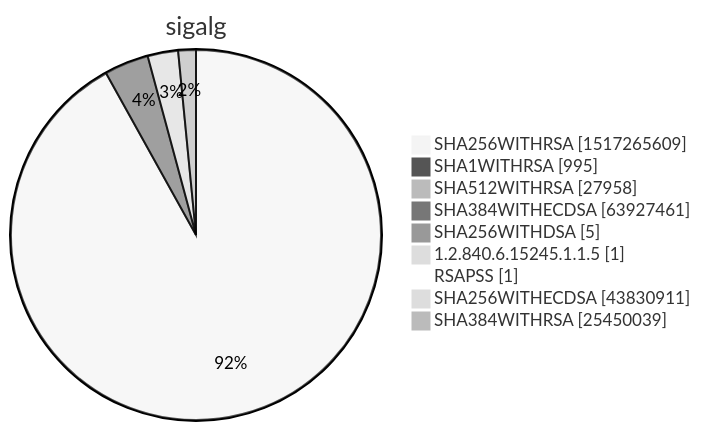
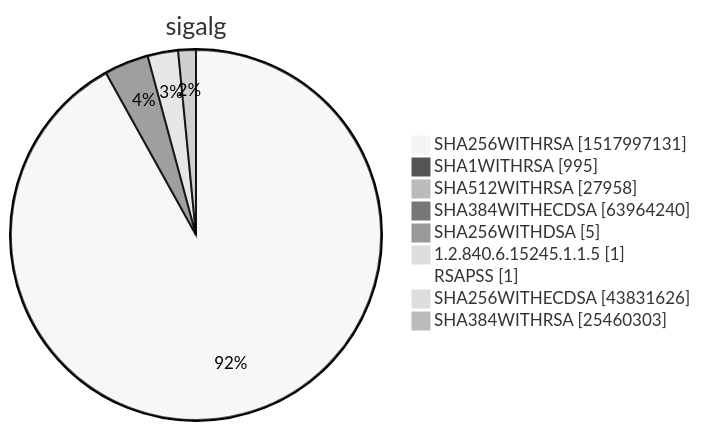
One commit to christiankrug/ctmonitor_visualization changed diagram 15 of 15 in xenon2022/README.md. Above: the diagram before and after it, drawn with Mermaid (neutral theme). The commit also changed other lines of this file, not shown here.

````diff
--- a/xenon2022/README.md
+++ b/xenon2022/README.md
@@ -5864,13 +5864,13 @@
 ```mermaid
 pie showData
 title sigalg
-"SHA256WITHRSA" :1517265609
+"SHA256WITHRSA" :1517997131
 "SHA1WITHRSA" :995
 "SHA512WITHRSA" :27958
-"SHA384WITHECDSA" :63927461
+"SHA384WITHECDSA" :63964240
 "SHA256WITHDSA" :5
 "1.2.840.6.15245.1.1.5" :1
 "RSAPSS" :1
-"SHA256WITHECDSA" :43830911
-"SHA384WITHRSA" :25450039
+"SHA256WITHECDSA" :43831626
+"SHA384WITHRSA" :25460303
 ```
````
